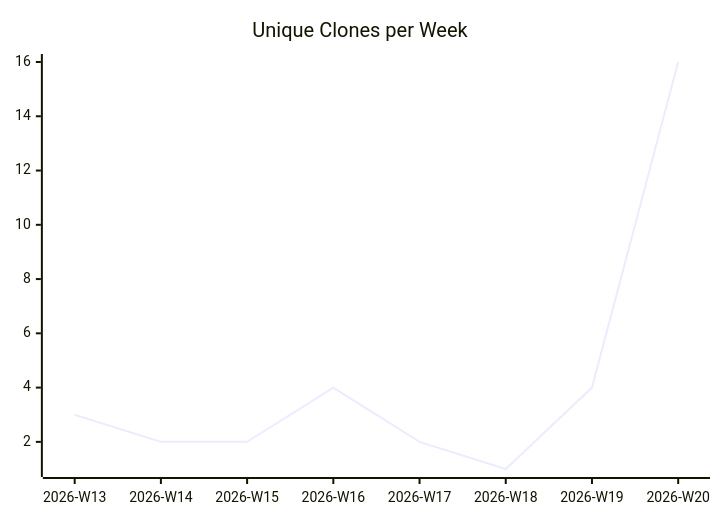
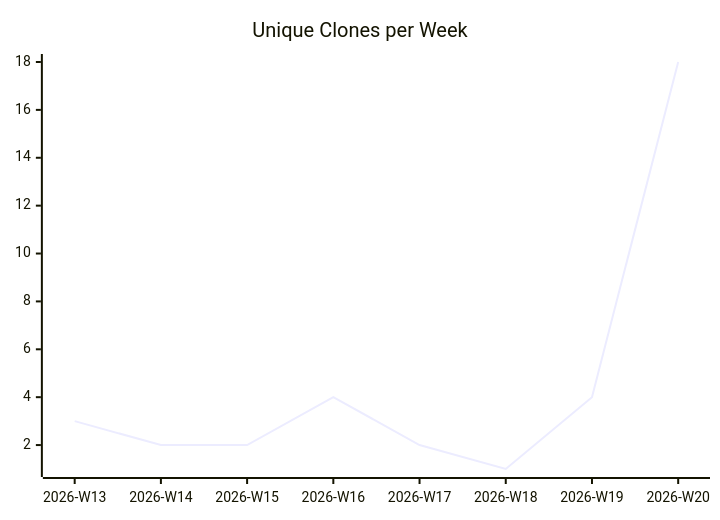
One commit to justdavis-family/github-analytics-data changed the third of 3 diagrams in karlmdavis/ansible-role-rcm-dotfiles/README.md. Above: the diagram before and after it, drawn with Mermaid. The commit also changed other lines of this file and 190 other files, not shown here.

````diff
--- a/karlmdavis/ansible-role-rcm-dotfiles/README.md
+++ b/karlmdavis/ansible-role-rcm-dotfiles/README.md
@@ -19,6 +19,6 @@
 ```mermaid
 xychart-beta
   title "Unique Clones per Week"
   x-axis ["2026-W13", "2026-W14", "2026-W15", "2026-W16", "2026-W17", "2026-W18", "2026-W19", "2026-W20"]
-  line [3, 2, 2, 4, 2, 1, 4, 16]
+  line [3, 2, 2, 4, 2, 1, 4, 18]
 ```
````
